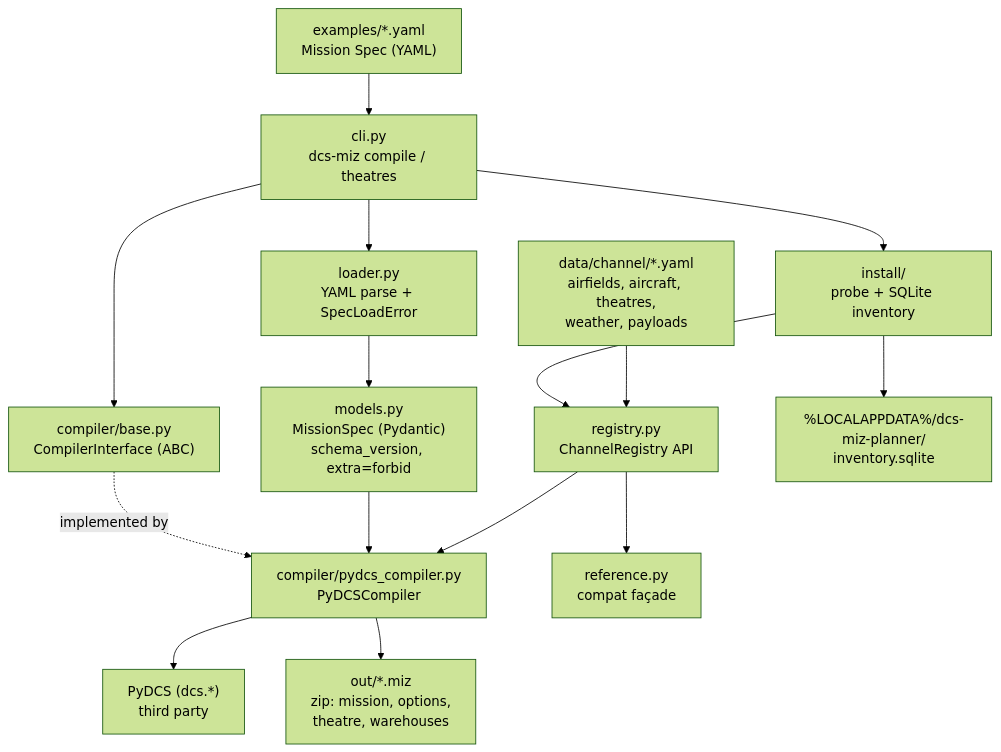
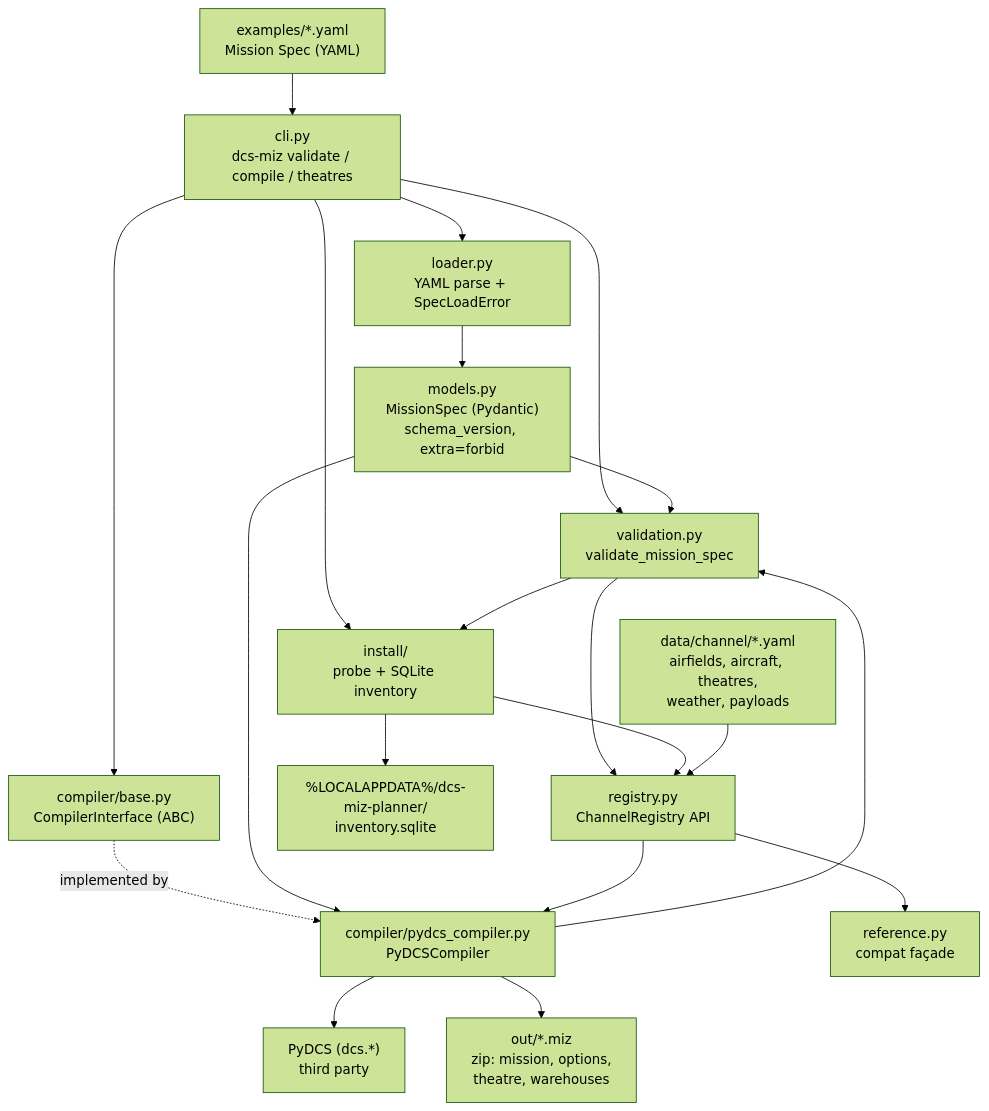
Before and after one commit to amalaguti/dcs-miz-planner-agentic: the diagram in docs/ARCHITECTURE.md, drawn with Mermaid (forest theme). The commit also changed other lines of this file and 13 other files, not shown here.

First line of the commit message:
Add shared Mission Spec validation used by CLI and compile.

````diff
--- a/docs/ARCHITECTURE.md
+++ b/docs/ARCHITECTURE.md
@@ -12,29 +12,35 @@
 ```mermaid
 flowchart TD
     yaml["examples/*.yaml<br/>Mission Spec (YAML)"]
-    cli["cli.py<br/>dcs-miz compile / theatres"]
+    cli["cli.py<br/>dcs-miz validate / compile / theatres"]
     loader["loader.py<br/>YAML parse + SpecLoadError"]
     models["models.py<br/>MissionSpec (Pydantic)<br/>schema_version, extra=forbid"]
+    validation["validation.py<br/>validate_mission_spec"]
     base["compiler/base.py<br/>CompilerInterface (ABC)"]
     pydcs["compiler/pydcs_compiler.py<br/>PyDCSCompiler"]
     registry["registry.py<br/>ChannelRegistry API"]
     data["data/channel/*.yaml<br/>airfields, aircraft, theatres,<br/>weather, payloads"]
     install["install/<br/>probe + SQLite inventory"]
     invdb["%LOCALAPPDATA%/dcs-miz-planner/<br/>inventory.sqlite"]
     ref["reference.py<br/>compat façade"]
     lib["PyDCS (dcs.*)<br/>third party"]
     miz["out/*.miz<br/>zip: mission, options,<br/>theatre, warehouses"]
 
     yaml --> cli --> loader --> models
+    cli --> validation
     cli --> base
     cli --> install
+    models --> validation
+    validation --> registry
+    validation --> install
     install --> invdb
     install --> registry
     base -.implemented by.-> pydcs
     models --> pydcs
+    pydcs --> validation
     data --> registry
     registry --> pydcs
     registry --> ref
     pydcs --> lib
     pydcs --> miz
 ```
````
